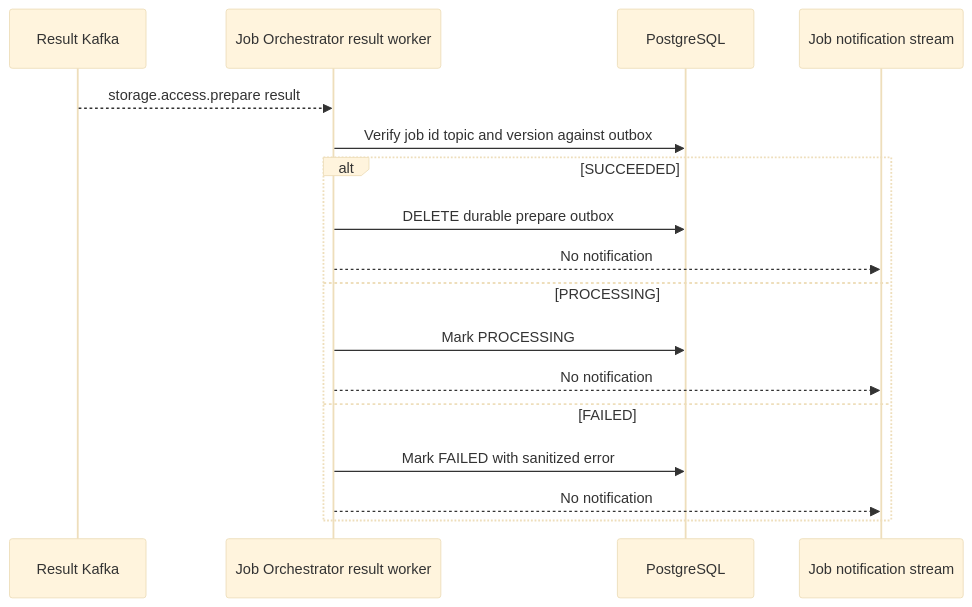
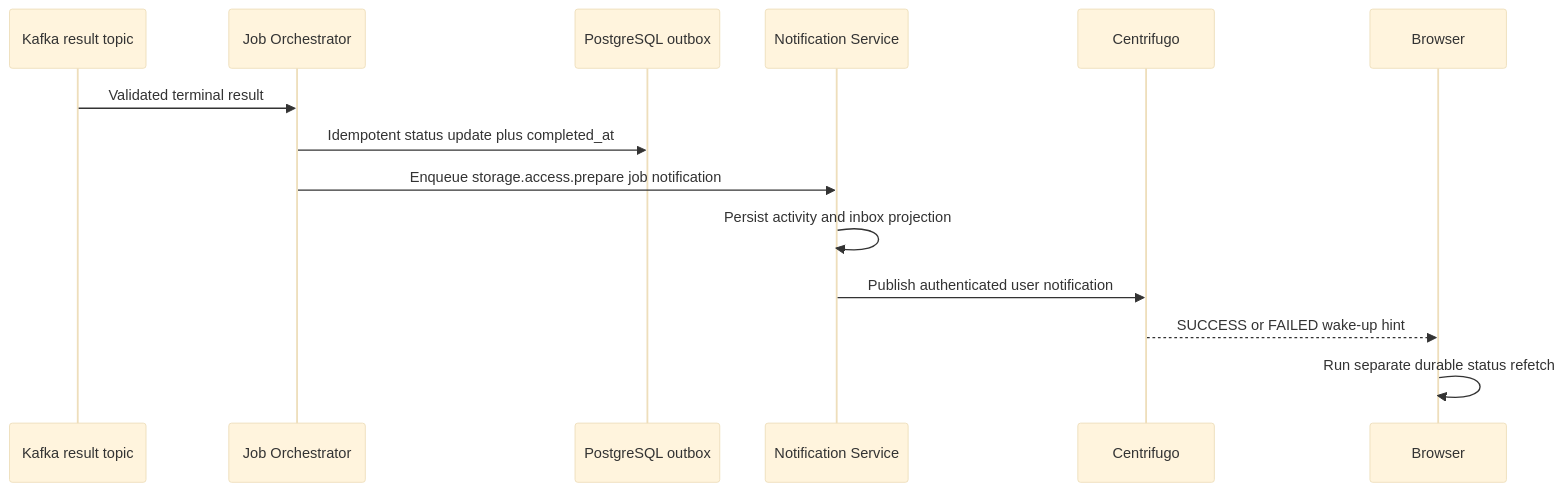
One commit to phucle996/aurora changed the fourth of 4 diagrams in god_view/storage/personal_storage_access_session_prepare_god_view_workflow.md. Above: the diagram before and after it, drawn with Mermaid (base theme). The commit also changed other lines of this file and 131 other files, not shown here.

````diff
--- a/god_view/storage/personal_storage_access_session_prepare_god_view_workflow.md
+++ b/god_view/storage/personal_storage_access_session_prepare_god_view_workflow.md
@@ -200,20 +140,17 @@
-```mermaid
+~~~mermaid
 sequenceDiagram
-    participant KR as Result Kafka
-    participant JO as Job Orchestrator result worker
-    participant PG as PostgreSQL
-    participant N as Job notification stream
+    participant KR as Kafka result topic
+    participant JO as Job Orchestrator
+    participant DB as PostgreSQL outbox
+    participant NS as Notification Service
+    participant C as Centrifugo
+    participant B as Browser
 
-    KR-->>JO: storage.access.prepare result
-    JO->>PG: Verify job id topic and version against outbox
-    alt SUCCEEDED
-        JO->>PG: DELETE durable prepare outbox
-        JO-->>N: No notification
-    else PROCESSING
-        JO->>PG: Mark PROCESSING
-        JO-->>N: No notification
-    else FAILED
-        JO->>PG: Mark FAILED with sanitized error
-        JO-->>N: No notification
-    end
-```
+    KR->>JO: Validated terminal result
+    JO->>DB: Idempotent status update plus completed_at
+    JO->>NS: Enqueue storage.access.prepare job notification
+    NS->>NS: Persist activity and inbox projection
+    NS->>C: Publish authenticated user notification
+    C-->>B: SUCCESS or FAILED wake-up hint
+    B->>B: Run separate durable status refetch
+~~~
````
